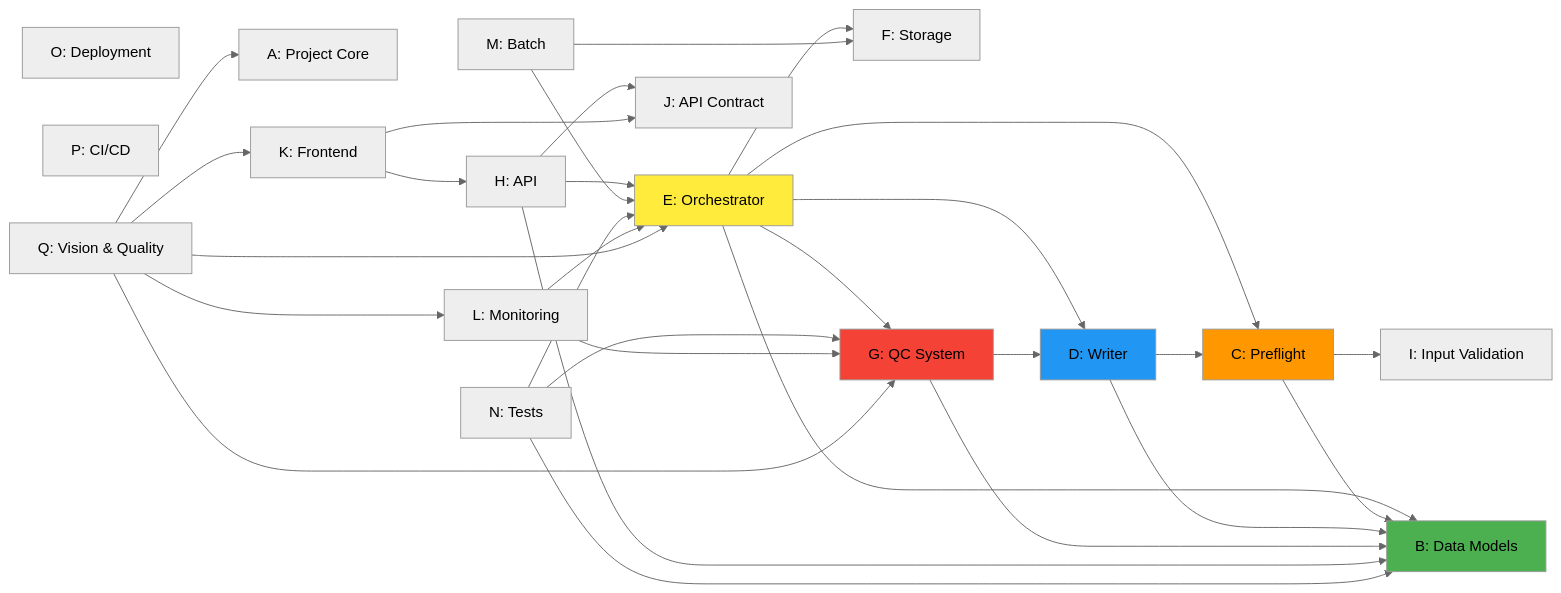
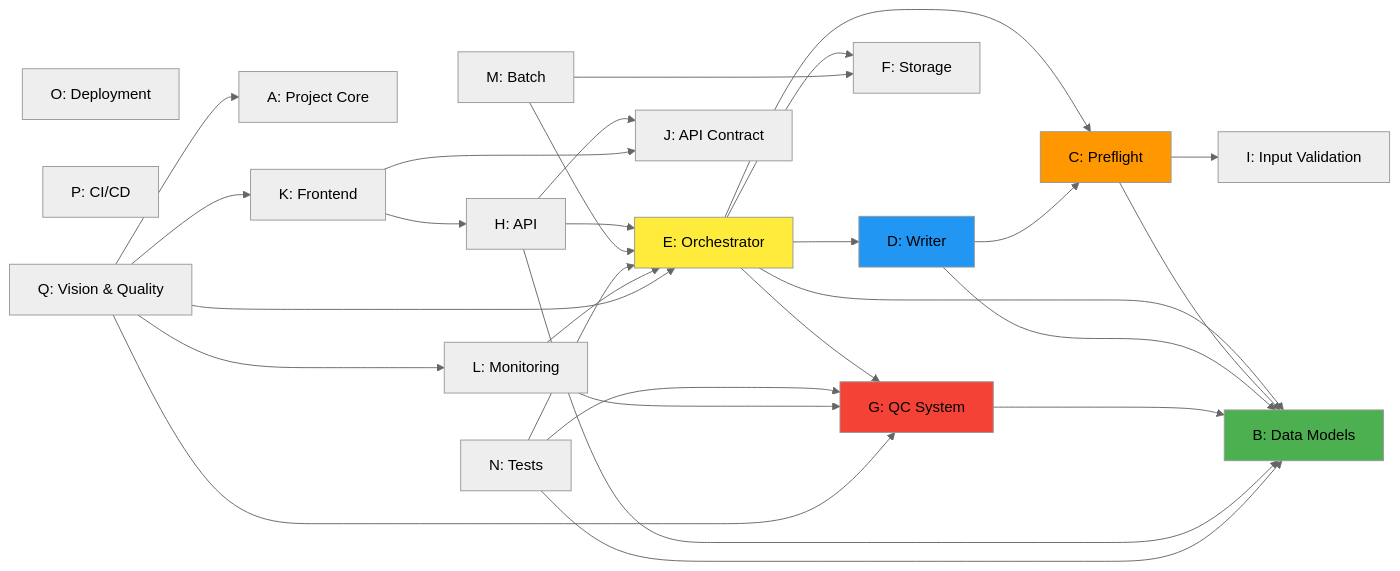
The second of 9 diagrams in docs/architecture/system_architecture.md (robwestz/BACOWR), drawn with Mermaid (neutral theme) before and after one commit. The commit also changed other lines of this file and 2 other files, not shown here.

````diff
--- a/docs/architecture/system_architecture.md
+++ b/docs/architecture/system_architecture.md
@@ -106,64 +106,63 @@
 ```mermaid
 graph LR
     A[A: Project Core]
     B[B: Data Models]
     C[C: Preflight]
     D[D: Writer]
     E[E: Orchestrator]
     F[F: Storage]
     G[G: QC System]
     H[H: API]
     I[I: Input Validation]
     J[J: API Contract]
     K[K: Frontend]
     L[L: Monitoring]
     M[M: Batch]
     N[N: Tests]
     O[O: Deployment]
     P[P: CI/CD]
     Q[Q: Vision & Quality]
 
     E --> B
     E --> C
     E --> D
     E --> G
     E --> F
 
     C --> B
     C --> I
 
     D --> B
     D --> C
 
     G --> B
-    G --> D
 
     H --> E
     H --> J
     H --> B
 
     K --> H
     K --> J
 
     M --> E
     M --> F
 
     N --> B
     N --> E
     N --> G
 
     L --> E
     L --> G
 
     Q --> A
     Q --> E
     Q --> G
     Q --> K
     Q --> L
 
     style E fill:#ffeb3b
     style B fill:#4caf50
     style G fill:#f44336
     style D fill:#2196f3
     style C fill:#ff9800
 ```
````
